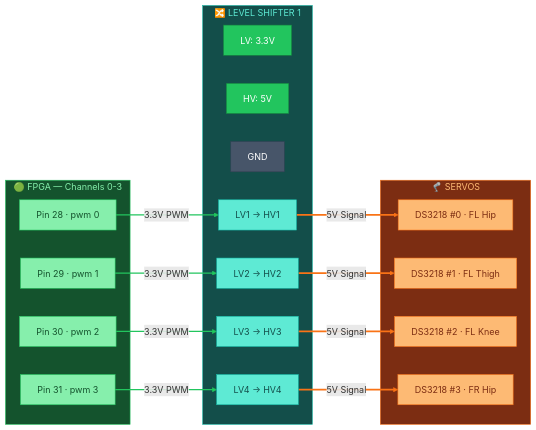
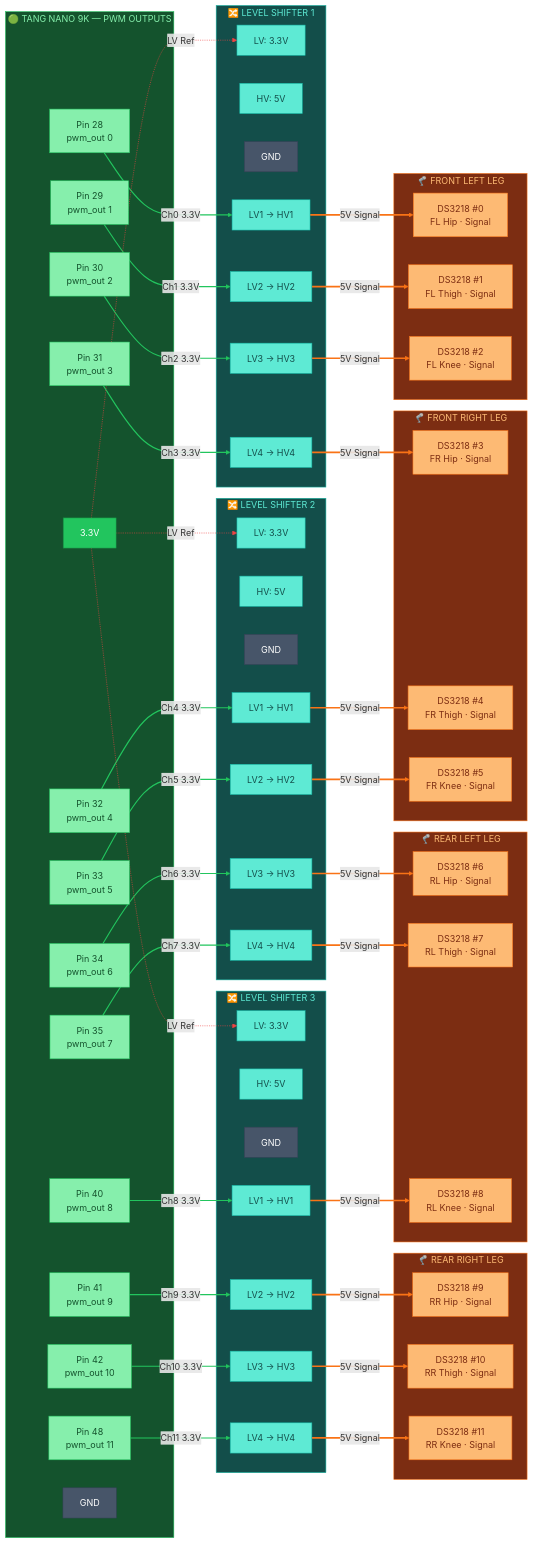
One commit to Major-Project-001/VIGIL-RQ changed the fifth of 9 diagrams in control/docs/wiring_diagram.md. Above: the diagram before and after it, drawn with Mermaid. The commit also changed other lines of this file, not shown here.

Commit message:
docs: Final wiring diagram — full detail + color-coded linkStyle on every line

````diff
--- a/control/docs/wiring_diagram.md
+++ b/control/docs/wiring_diagram.md
@@ -289,49 +408,128 @@
     classDef vcc fill:#22c55e,stroke:#15803d,color:#fff
     classDef gnd fill:#475569,stroke:#334155,color:#fff
 
-    subgraph FPGA_LS1["🟢 FPGA — Channels 0-3"]
-        F28["Pin 28 · pwm 0"]:::fpgaPin
-        F29["Pin 29 · pwm 1"]:::fpgaPin
-        F30["Pin 30 · pwm 2"]:::fpgaPin
-        F31["Pin 31 · pwm 3"]:::fpgaPin
+    subgraph FPGA_PWM["🟢 TANG NANO 9K — PWM OUTPUTS"]
+        F0["Pin 28<br/>pwm_out 0"]:::fpgaPin
+        F1["Pin 29<br/>pwm_out 1"]:::fpgaPin
+        F2["Pin 30<br/>pwm_out 2"]:::fpgaPin
+        F3["Pin 31<br/>pwm_out 3"]:::fpgaPin
+        F4["Pin 32<br/>pwm_out 4"]:::fpgaPin
+        F5["Pin 33<br/>pwm_out 5"]:::fpgaPin
+        F6["Pin 34<br/>pwm_out 6"]:::fpgaPin
+        F7["Pin 35<br/>pwm_out 7"]:::fpgaPin
+        F8["Pin 40<br/>pwm_out 8"]:::fpgaPin
+        F9["Pin 41<br/>pwm_out 9"]:::fpgaPin
+        F10["Pin 42<br/>pwm_out 10"]:::fpgaPin
+        F11["Pin 48<br/>pwm_out 11"]:::fpgaPin
+        F_3V3["3.3V"]:::vcc
+        F_GND["GND"]:::gnd
     end
 
-    subgraph LS1_BLK["🔀 LEVEL SHIFTER 1"]
-        L1_LV["LV: 3.3V"]:::vcc
-        L1_HV["HV: 5V"]:::vcc
-        L1_GND["GND"]:::gnd
-        L1_A["LV1 → HV1"]:::lsPin
-        L1_B["LV2 → HV2"]:::lsPin
-        L1_C["LV3 → HV3"]:::lsPin
-        L1_D["LV4 → HV4"]:::lsPin
+    subgraph LS1["🔀 LEVEL SHIFTER 1"]
+        LS1_LV["LV: 3.3V"]:::lsPin
+        LS1_HV["HV: 5V"]:::lsPin
+        LS1_GND["GND"]:::gnd
+        LS1_A1["LV1 → HV1"]:::lsPin
+        LS1_A2["LV2 → HV2"]:::lsPin
+        LS1_A3["LV3 → HV3"]:::lsPin
+        LS1_A4["LV4 → HV4"]:::lsPin
     end
 
-    subgraph SRV_LS1["🦿 SERVOS"]
-        S0["DS3218 #0 · FL Hip"]:::servoPin
-        S1["DS3218 #1 · FL Thigh"]:::servoPin
-        S2["DS3218 #2 · FL Knee"]:::servoPin
-        S3["DS3218 #3 · FR Hip"]:::servoPin
+    subgraph LS2["🔀 LEVEL SHIFTER 2"]
+        LS2_LV["LV: 3.3V"]:::lsPin
+        LS2_HV["HV: 5V"]:::lsPin
+        LS2_GND["GND"]:::gnd
+        LS2_A1["LV1 → HV1"]:::lsPin
+        LS2_A2["LV2 → HV2"]:::lsPin
+        LS2_A3["LV3 → HV3"]:::lsPin
+        LS2_A4["LV4 → HV4"]:::lsPin
     end
 
-    F28 -->|"3.3V PWM"| L1_A
-    F29 -->|"3.3V PWM"| L1_B
-    F30 -->|"3.3V PWM"| L1_C
-    F31 -->|"3.3V PWM"| L1_D
-    L1_A -->|"5V Signal"| S0
-    L1_B -->|"5V Signal"| S1
-    L1_C -->|"5V Signal"| S2
-    L1_D -->|"5V Signal"| S3
+    subgraph LS3["🔀 LEVEL SHIFTER 3"]
+        LS3_LV["LV: 3.3V"]:::lsPin
+        LS3_HV["HV: 5V"]:::lsPin
+        LS3_GND["GND"]:::gnd
+        LS3_A1["LV1 → HV1"]:::lsPin
+        LS3_A2["LV2 → HV2"]:::lsPin
+        LS3_A3["LV3 → HV3"]:::lsPin
+        LS3_A4["LV4 → HV4"]:::lsPin
+    end
 
-    linkStyle 0 stroke:#22c55e,stroke-width:2px
-    linkStyle 1 stroke:#22c55e,stroke-width:2px
-    linkStyle 2 stroke:#22c55e,stroke-width:2px
-    linkStyle 3 stroke:#22c55e,stroke-width:2px
-    linkStyle 4 stroke:#f97316,stroke-width:3px
-    linkStyle 5 stroke:#f97316,stroke-width:3px
-    linkStyle 6 stroke:#f97316,stroke-width:3px
-    linkStyle 7 stroke:#f97316,stroke-width:3px
+    subgraph FL_LEG["🦿 FRONT LEFT LEG"]
+        FL_H["DS3218 #0<br/>FL Hip · Signal"]:::servoPin
+        FL_T["DS3218 #1<br/>FL Thigh · Signal"]:::servoPin
+        FL_K["DS3218 #2<br/>FL Knee · Signal"]:::servoPin
+    end
 
-    style FPGA_LS1 fill:#14532d,stroke:#22c55e,color:#86efac
-    style LS1_BLK fill:#134e4a,stroke:#14b8a6,color:#5eead4
-    style SRV_LS1 fill:#7c2d12,stroke:#f97316,color:#fdba74
+    subgraph FR_LEG["🦿 FRONT RIGHT LEG"]
+        FR_H["DS3218 #3<br/>FR Hip · Signal"]:::servoPin
+        FR_T["DS3218 #4<br/>FR Thigh · Signal"]:::servoPin
+        FR_K["DS3218 #5<br/>FR Knee · Signal"]:::servoPin
+    end
+
+    subgraph RL_LEG["🦿 REAR LEFT LEG"]
+        RL_H["DS3218 #6<br/>RL Hip · Signal"]:::servoPin
+        RL_T["DS3218 #7<br/>RL Thigh · Signal"]:::servoPin
+        RL_K["DS3218 #8<br/>RL Knee · Signal"]:::servoPin
+    end
+
+    subgraph RR_LEG["🦿 REAR RIGHT LEG"]
+        RR_H["DS3218 #9<br/>RR Hip · Signal"]:::servoPin
+        RR_T["DS3218 #10<br/>RR Thigh · Signal"]:::servoPin
+        RR_K["DS3218 #11<br/>RR Knee · Signal"]:::servoPin
+    end
+
+    %% FPGA → LS1 Ch 0-3 (links 0-3)
+    F0 -->|"Ch0 3.3V"| LS1_A1
+    F1 -->|"Ch1 3.3V"| LS1_A2
+    F2 -->|"Ch2 3.3V"| LS1_A3
+    F3 -->|"Ch3 3.3V"| LS1_A4
+
+    %% FPGA → LS2 Ch 4-7 (links 4-7)
+    F4 -->|"Ch4 3.3V"| LS2_A1
+    F5 -->|"Ch5 3.3V"| LS2_A2
+    F6 -->|"Ch6 3.3V"| LS2_A3
+    F7 -->|"Ch7 3.3V"| LS2_A4
+
+    %% FPGA → LS3 Ch 8-11 (links 8-11)
+    F8 -->|"Ch8 3.3V"| LS3_A1
+    F9 -->|"Ch9 3.3V"| LS3_A2
+    F10 -->|"Ch10 3.3V"| LS3_A3
+    F11 -->|"Ch11 3.3V"| LS3_A4
+
+    %% LS1 → Servos 5V (links 12-15)
+    LS1_A1 ==>|"5V Signal"| FL_H
+    LS1_A2 ==>|"5V Signal"| FL_T
+    LS1_A3 ==>|"5V Signal"| FL_K
+    LS1_A4 ==>|"5V Signal"| FR_H
+
+    %% LS2 → Servos 5V (links 16-19)
+    LS2_A1 ==>|"5V Signal"| FR_T
+    LS2_A2 ==>|"5V Signal"| FR_K
+    LS2_A3 ==>|"5V Signal"| RL_H
+    LS2_A4 ==>|"5V Signal"| RL_T
+
+    %% LS3 → Servos 5V (links 20-23)
+    LS3_A1 ==>|"5V Signal"| RL_K
+    LS3_A2 ==>|"5V Signal"| RR_H
+    LS3_A3 ==>|"5V Signal"| RR_T
+    LS3_A4 ==>|"5V Signal"| RR_K
+
+    %% Level shifter LV power (links 24-26)
+    F_3V3 -.->|"LV Ref"| LS1_LV
+    F_3V3 -.->|"LV Ref"| LS2_LV
+    F_3V3 -.->|"LV Ref"| LS3_LV
+
+    linkStyle 0,1,2,3,4,5,6,7,8,9,10,11 stroke:#22c55e,stroke-width:2px
+    linkStyle 12,13,14,15,16,17,18,19,20,21,22,23 stroke:#f97316,stroke-width:3px
+    linkStyle 24,25,26 stroke:#ef4444,stroke-width:1px
+
+    style FPGA_PWM fill:#14532d,stroke:#22c55e,color:#86efac
+    style LS1 fill:#134e4a,stroke:#14b8a6,color:#5eead4
+    style LS2 fill:#134e4a,stroke:#14b8a6,color:#5eead4
+    style LS3 fill:#134e4a,stroke:#14b8a6,color:#5eead4
+    style FL_LEG fill:#7c2d12,stroke:#f97316,color:#fdba74
+    style FR_LEG fill:#7c2d12,stroke:#f97316,color:#fdba74
+    style RL_LEG fill:#7c2d12,stroke:#f97316,color:#fdba74
+    style RR_LEG fill:#7c2d12,stroke:#f97316,color:#fdba74
 ```
````
